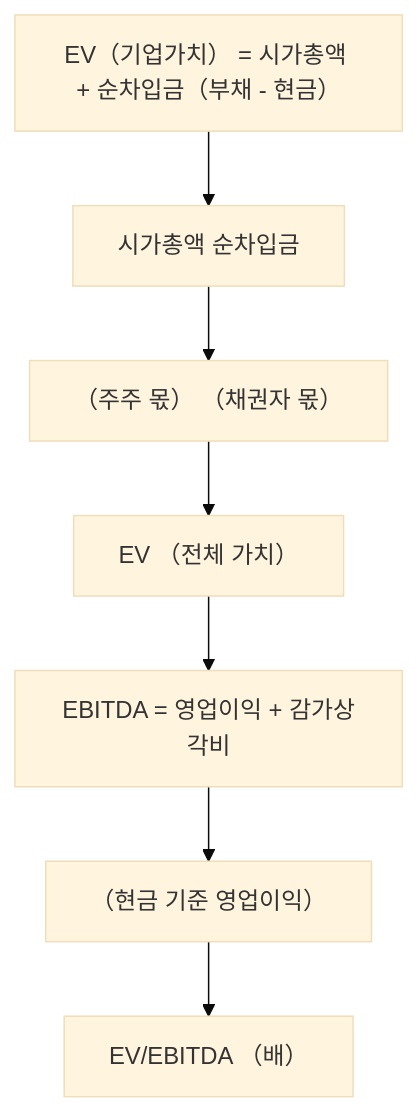
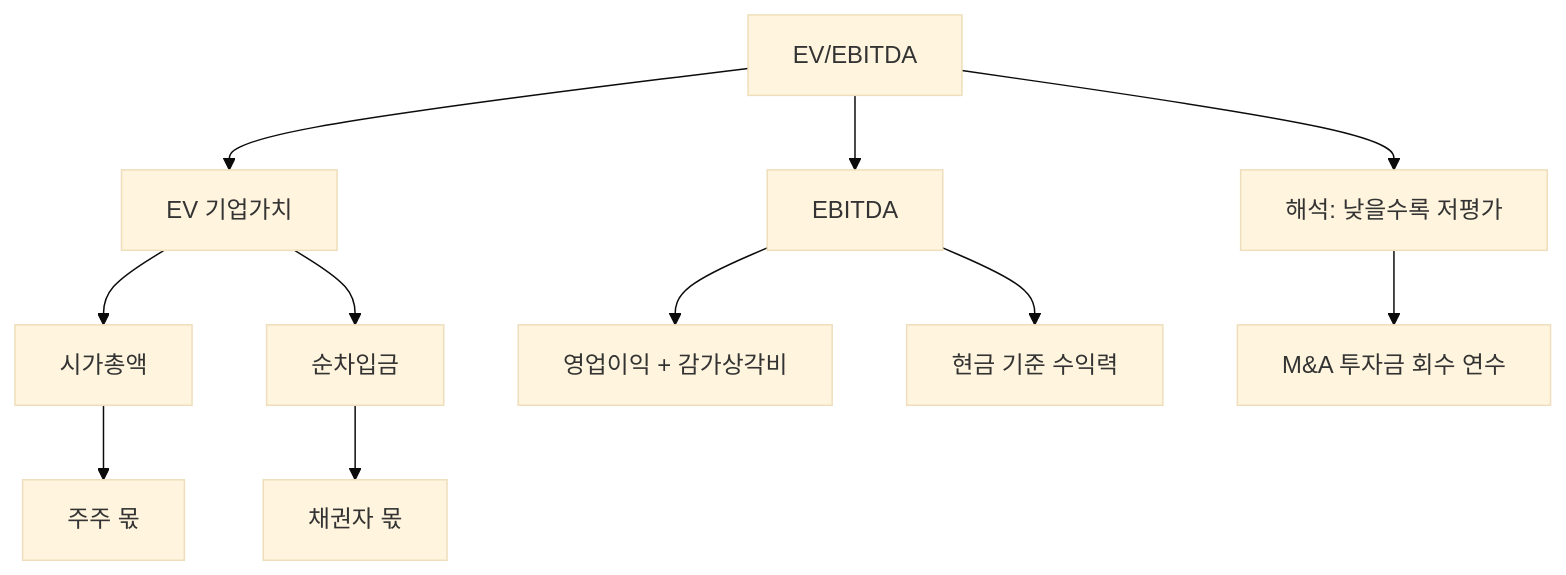
Before and after one commit to yeongseon/stock-visual-note: the diagram in content/stock-terms/ko/level-05-valuation/ev-ebitda.md, drawn with Mermaid (base theme). The commit also changed other lines of this file and 96 other files, not shown here.

Commit message:
Rewrite all 98 remaining articles: branching Mermaid diagrams, natural search_intent, compelling seo_titles, clean descriptions

````diff
--- a/content/stock-terms/ko/level-05-valuation/ev-ebitda.md
+++ b/content/stock-terms/ko/level-05-valuation/ev-ebitda.md
@@ -39,16 +39,14 @@
 ```mermaid
 graph TD
-    N0["EV（기업가치） = 시가총액 + 순차입금（부채 - 현금）"]
-    N1["시가총액 순차입금"]
-    N2["（주주 몫） （채권자 몫）"]
-    N3["EV （전체 가치）"]
-    N4["EBITDA = 영업이익 + 감가상각비"]
-    N5["（현금 기준 영업이익）"]
-    N6["EV/EBITDA （배）"]
-    N0 --> N1
-    N1 --> N2
-    N2 --> N3
-    N3 --> N4
-    N4 --> N5
-    N5 --> N6
+    A["EV/EBITDA"]
+    A --> B["EV 기업가치"]
+    A --> C["EBITDA"]
+    B --> B1["시가총액"]
+    B --> B2["순차입금"]
+    B1 --> D["주주 몫"]
+    B2 --> E["채권자 몫"]
+    C --> C1["영업이익 + 감가상각비"]
+    C --> C2["현금 기준 수익력"]
+    A --> F["해석: 낮을수록 저평가"]
+    F --> F1["M&A 투자금 회수 연수"]
 ```
````
